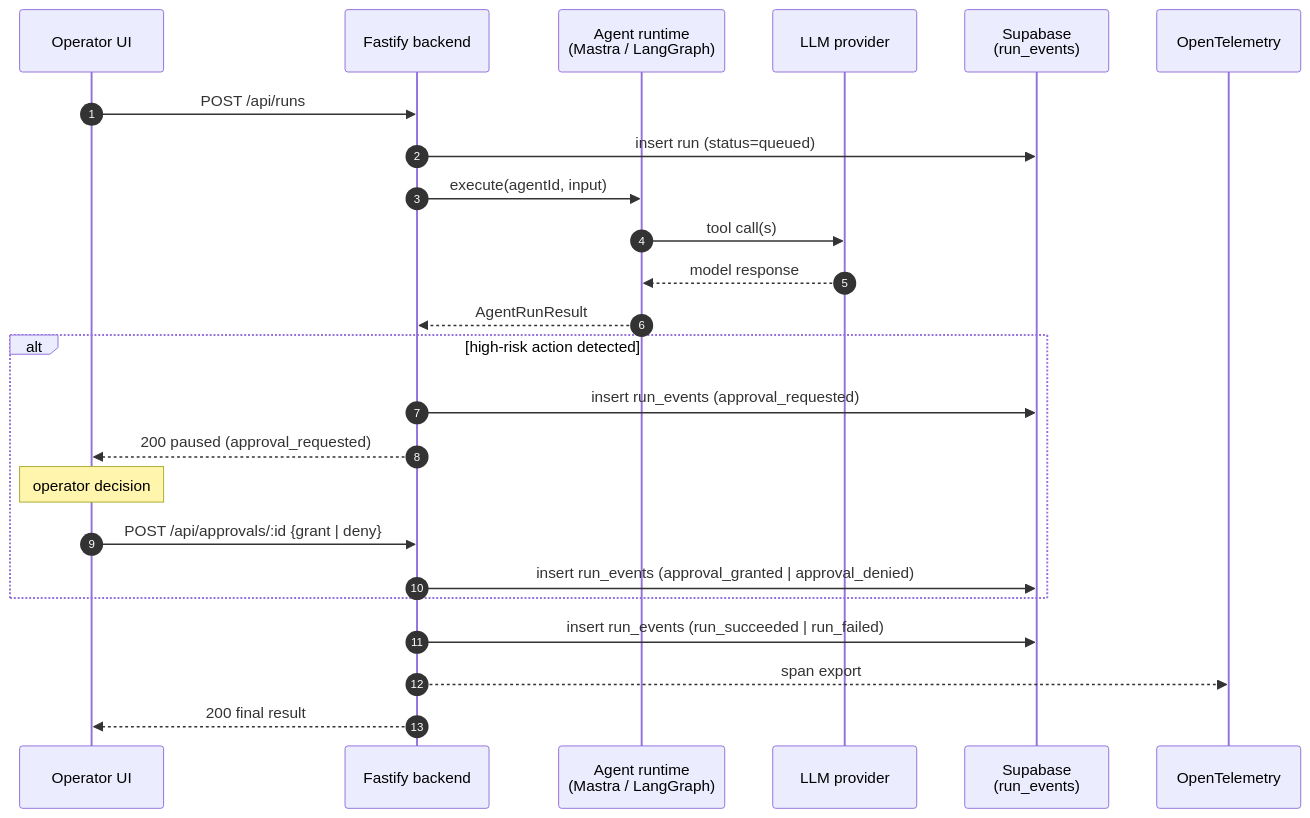
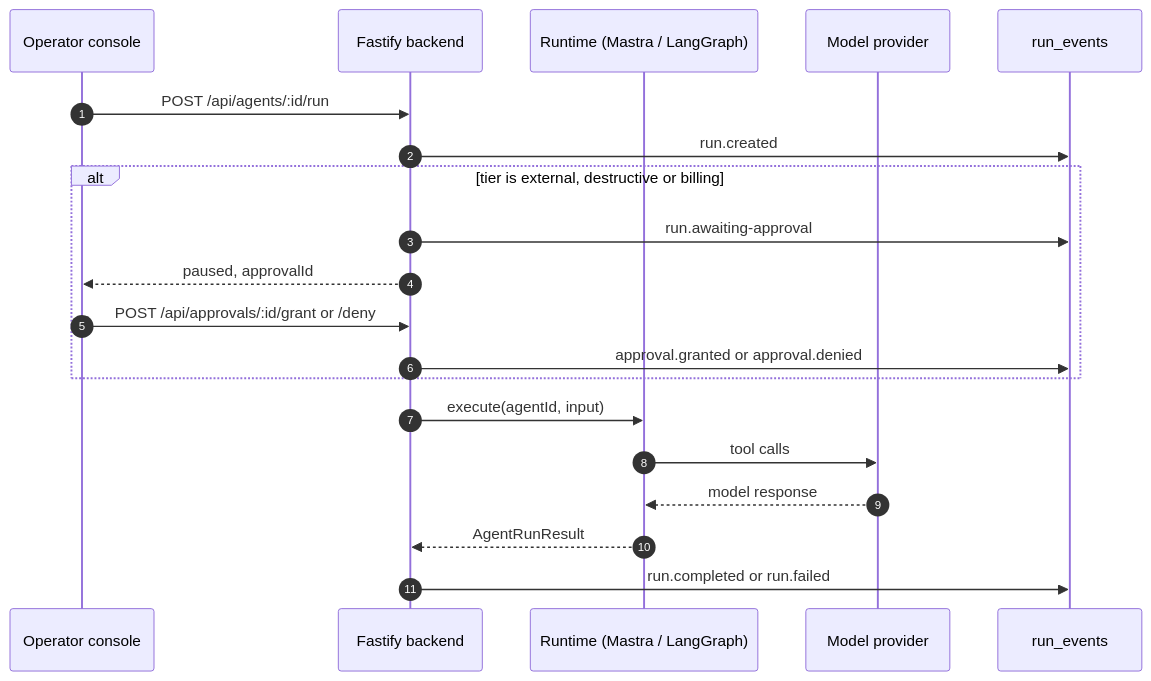
The diagram in README.md (Alexi5000/TechTideAI2), drawn with Mermaid before and after one commit. The commit also changed other lines of this file and 16 other files, not shown here.

````diff
--- a/README.md
+++ b/README.md
@@ -210,26 +131,22 @@
 ```mermaid
 sequenceDiagram
   autonumber
-  participant U as Operator UI
+  participant U as Operator console
   participant B as Fastify backend
-  participant R as Agent runtime<br/>(Mastra / LangGraph)
-  participant L as LLM provider
-  participant S as Supabase<br/>(run_events)
-  participant O as OpenTelemetry
-  U->>B: POST /api/runs
-  B->>S: insert run (status=queued)
+  participant R as Runtime (Mastra / LangGraph)
+  participant L as Model provider
+  participant S as run_events
+  U->>B: POST /api/agents/:id/run
+  B->>S: run.created
+  alt tier is external, destructive or billing
+    B->>S: run.awaiting-approval
+    B-->>U: paused, approvalId
+    U->>B: POST /api/approvals/:id/grant or /deny
+    B->>S: approval.granted or approval.denied
+  end
   B->>R: execute(agentId, input)
-  R->>L: tool call(s)
+  R->>L: tool calls
   L-->>R: model response
   R-->>B: AgentRunResult
-  alt high-risk action detected
-    B->>S: insert run_events (approval_requested)
-    B-->>U: 200 paused (approval_requested)
-    Note over U: operator decision
-    U->>B: POST /api/approvals/:id {grant | deny}
-    B->>S: insert run_events (approval_granted | approval_denied)
-  end
-  B->>S: insert run_events (run_succeeded | run_failed)
-  B-->>O: span export
-  B-->>U: 200 final result
+  B->>S: run.completed or run.failed
 ```
````
